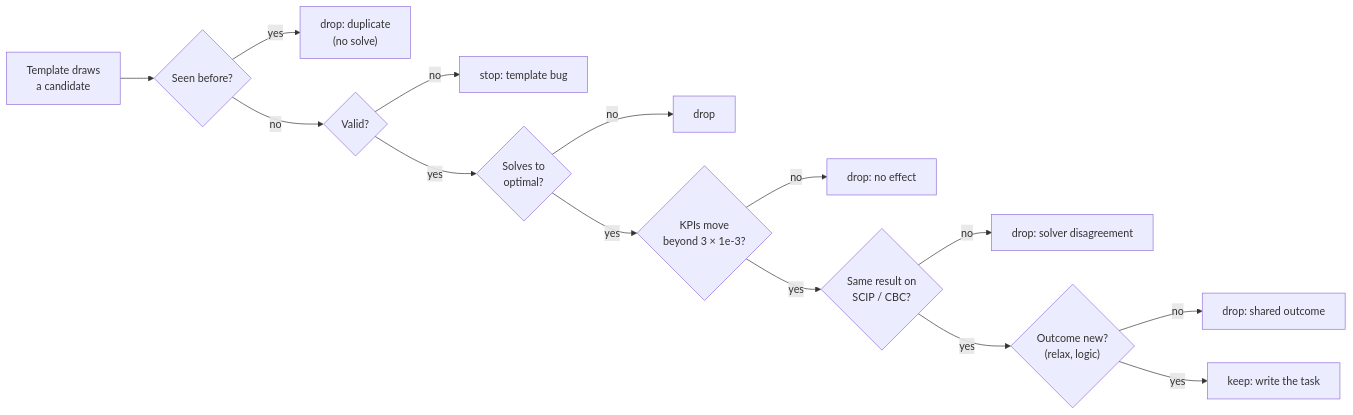
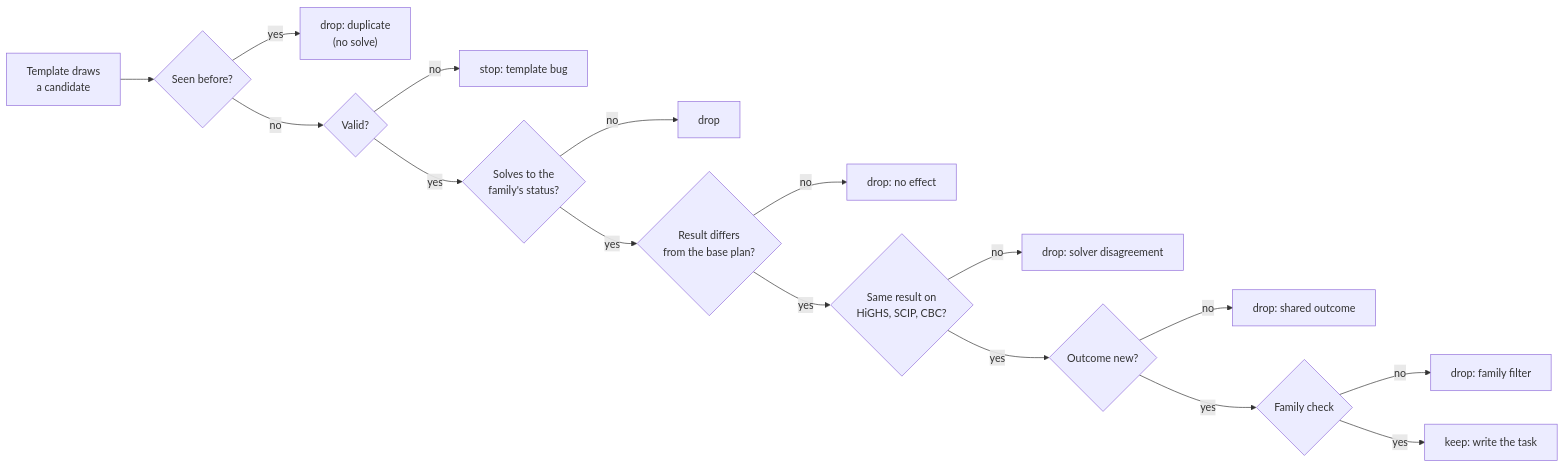
One commit to aptgetnitin/whatifgym changed the seventh of 11 diagrams in README.md. Above: the diagram before and after it, drawn with Mermaid. The commit also changed other lines of this file and 40 other files, not shown here.

````diff
--- a/README.md
+++ b/README.md
@@ -304,16 +324,18 @@
 ```mermaid
 flowchart LR
     T["Template draws<br/>a candidate"] --> H{"Seen before?"}
     H -- yes --> X["drop: duplicate<br/>(no solve)"]
     H -- no --> V{"Valid?"}
     V -- no --> BUG["stop: template bug"]
-    V -- yes --> S{"Solves to<br/>optimal?"}
+    V -- yes --> S{"Solves to the<br/>family's status?"}
     S -- no --> X2["drop"]
-    S -- yes --> E{"KPIs move<br/>beyond 3 × 1e-3?"}
+    S -- yes --> E{"Result differs<br/>from the base plan?"}
     E -- no --> X3["drop: no effect"]
-    E -- yes --> C{"Same result on<br/>SCIP / CBC?"}
+    E -- yes --> C{"Same result on<br/>HiGHS, SCIP, CBC?"}
     C -- no --> X4["drop: solver disagreement"]
-    C -- yes --> D{"Outcome new?<br/>(relax, logic)"}
+    C -- yes --> D{"Outcome new?"}
     D -- no --> X5["drop: shared outcome"]
-    D -- yes --> K["keep: write the task"]
+    D -- yes --> F{"Family check"}
+    F -- no --> X6["drop: family filter"]
+    F -- yes --> K["keep: write the task"]
 ```
````
